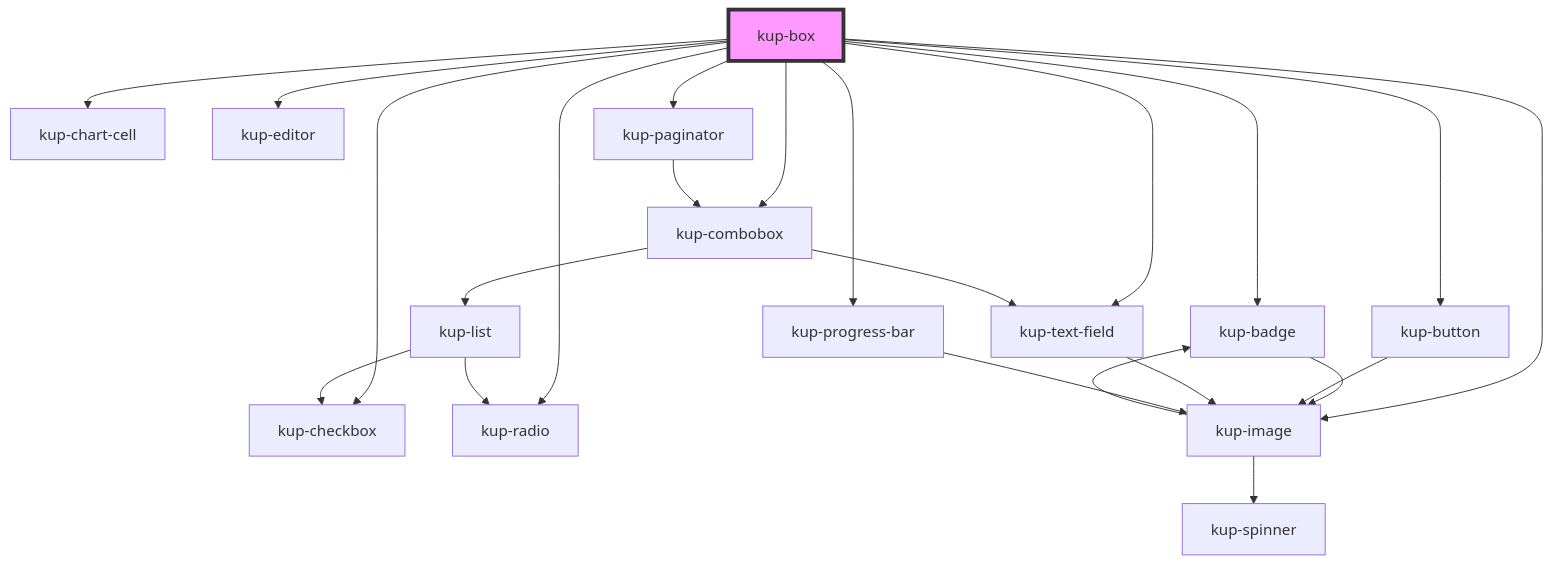
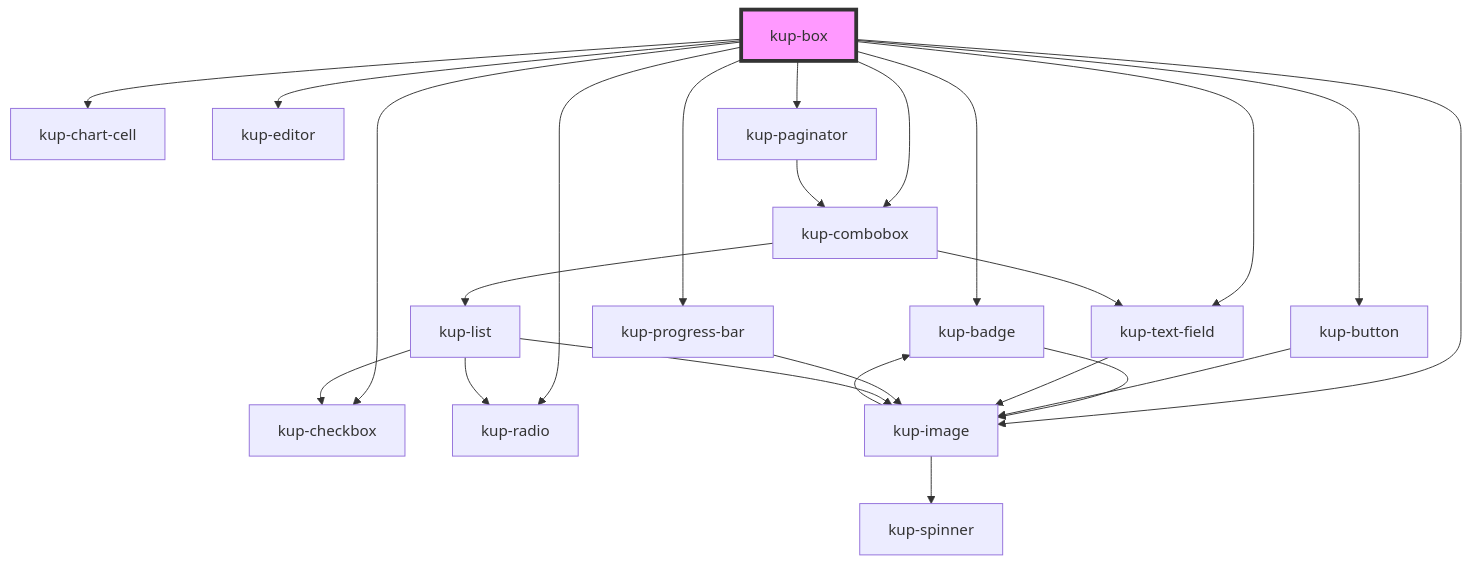
One commit to smeup/ketchup changed the diagram in packages/ketchup/src/components/kup-box/readme.md. Above: the diagram before and after it, drawn with Mermaid. The commit also changed 16 other files, not shown here.

Commit message:
Fixes to image in list and showcase integration.

````diff
--- a/packages/ketchup/src/components/kup-box/readme.md
+++ b/packages/ketchup/src/components/kup-box/readme.md
@@ -96,26 +96,27 @@
 ```mermaid
 graph TD;
   kup-box --> kup-checkbox
   kup-box --> kup-badge
   kup-box --> kup-button
   kup-box --> kup-radio
   kup-box --> kup-text-field
   kup-box --> kup-progress-bar
   kup-box --> kup-chart-cell
   kup-box --> kup-image
   kup-box --> kup-editor
   kup-box --> kup-combobox
   kup-box --> kup-paginator
   kup-badge --> kup-image
   kup-image --> kup-badge
   kup-image --> kup-spinner
   kup-button --> kup-image
   kup-text-field --> kup-image
   kup-progress-bar --> kup-image
   kup-combobox --> kup-text-field
   kup-combobox --> kup-list
+  kup-list --> kup-image
   kup-list --> kup-radio
   kup-list --> kup-checkbox
   kup-paginator --> kup-combobox
   style kup-box fill:#f9f,stroke:#333,stroke-width:4px
 ```
````
